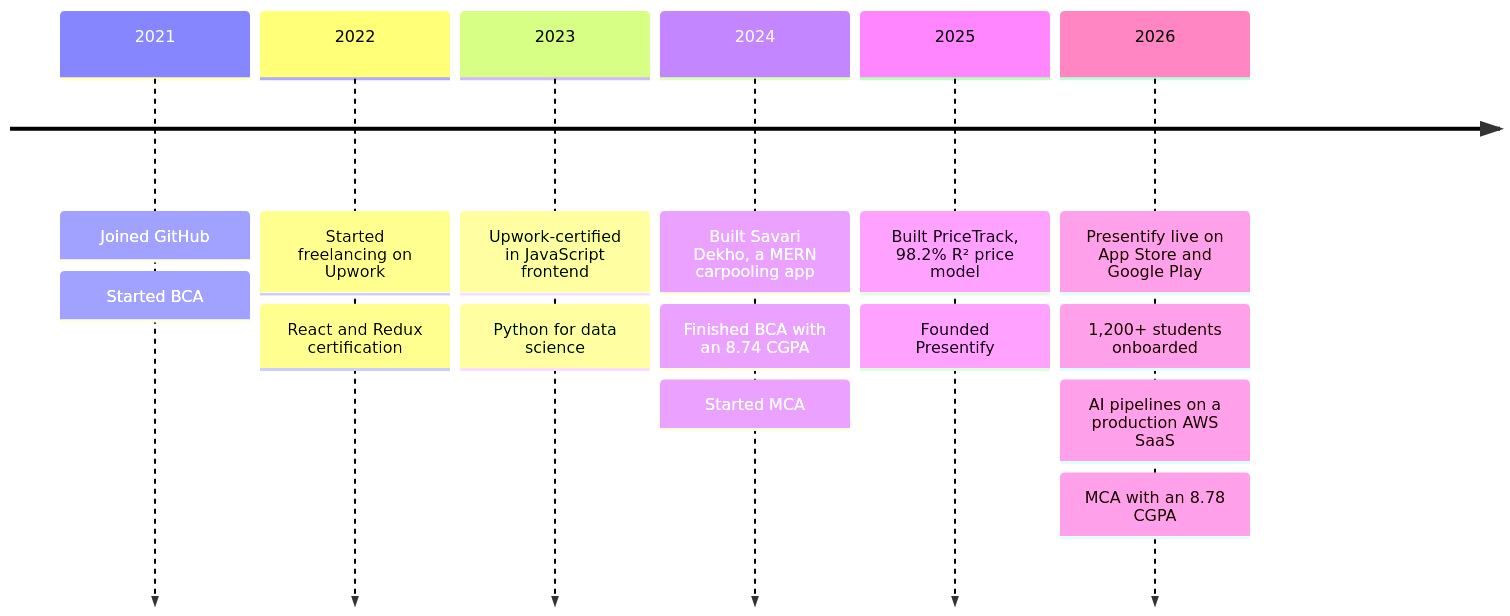
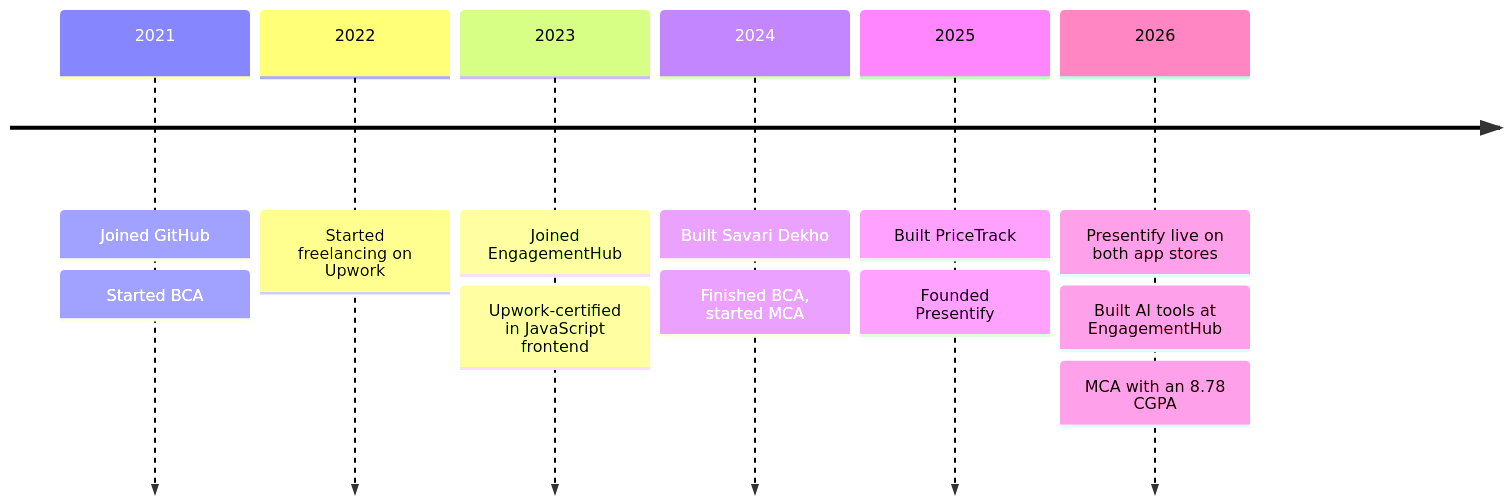
Before and after one commit to MrJ-2k04/MrJ-2k04: the diagram in README.md, drawn with Mermaid. The commit also changed other lines of this file and 4 other files, not shown here.

````diff
--- a/README.md
+++ b/README.md
@@ -33,18 +113,15 @@
 ```mermaid
 timeline
     2021 : Joined GitHub
          : Started BCA
     2022 : Started freelancing on Upwork
-         : React and Redux certification
-    2023 : Upwork-certified in JavaScript frontend
-         : Python for data science
-    2024 : Built Savari Dekho, a MERN carpooling app
-         : Finished BCA with an 8.74 CGPA
-         : Started MCA
-    2025 : Built PriceTrack, 98.2% R² price model
+    2023 : Joined EngagementHub
+         : Upwork-certified in JavaScript frontend
+    2024 : Built Savari Dekho
+         : Finished BCA, started MCA
+    2025 : Built PriceTrack
          : Founded Presentify
-    2026 : Presentify live on App Store and Google Play
-         : 1,200+ students onboarded
-         : AI pipelines on a production AWS SaaS
+    2026 : Presentify live on both app stores
+         : Built AI tools at EngagementHub
          : MCA with an 8.78 CGPA
 ```
````
